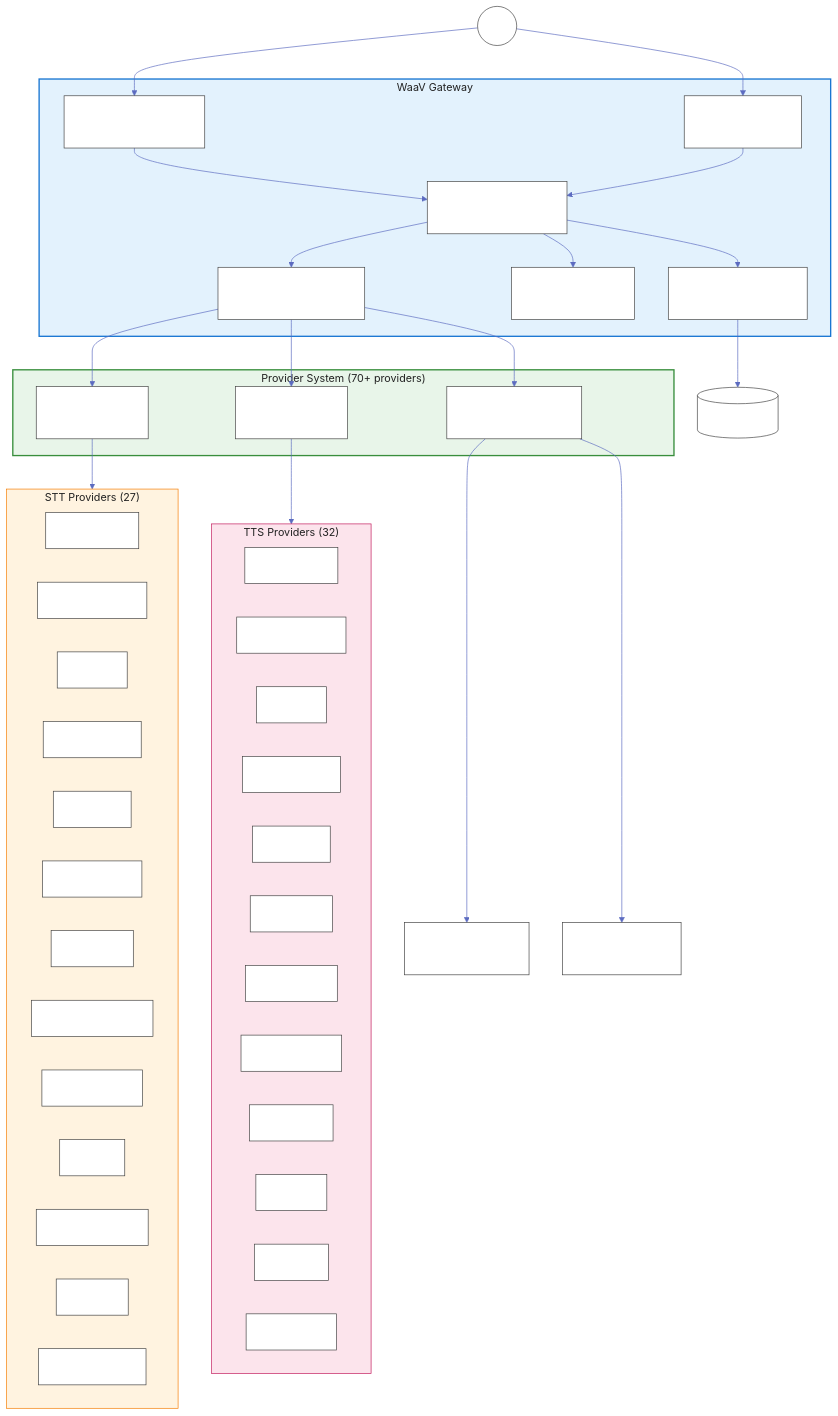
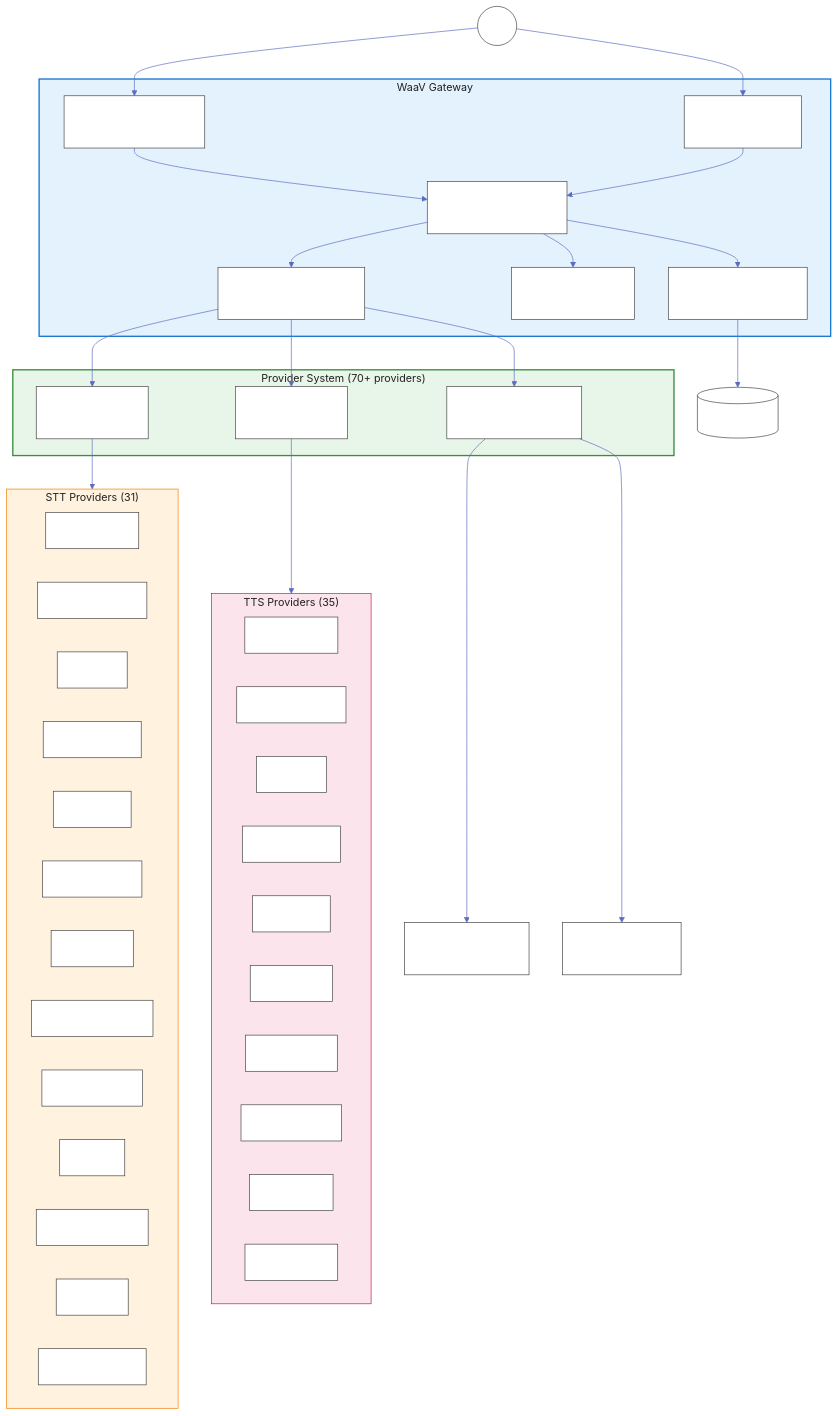
Before and after one commit to BudEcosystem/WaaV: the second of 5 diagrams in gateway/README.md, drawn with Mermaid. The commit also changed other lines of this file and 161 other files, not shown here.

````diff
--- a/gateway/README.md
+++ b/gateway/README.md
@@ -308,70 +308,68 @@
 ```mermaid
 %%{init: {'theme': 'base', 'themeVariables': { 'primaryColor': '#4a90d9', 'primaryTextColor': '#ffffff', 'primaryBorderColor': '#2c5aa0', 'lineColor': '#5c6bc0', 'secondaryColor': '#81c784', 'tertiaryColor': '#fff3e0', 'background': '#fafafa', 'mainBkg': '#ffffff', 'nodeBorder': '#424242', 'clusterBkg': '#f5f5f5', 'clusterBorder': '#bdbdbd', 'titleColor': '#212121'}}}%%
 graph TB
     subgraph Gateway["WaaV Gateway"]
         WS["WebSocket Handler<br/>/ws endpoint"]
         REST["REST API<br/>/speak, /voices"]
         REG["Plugin Registry<br/>O(1) Provider Lookup"]
         VM["VoiceManager<br/>Central Coordinator"]
         NF["DeepFilterNet<br/>Noise Reduction"]
         LK["LiveKit Integration<br/>WebRTC Streaming"]
     end
 
     subgraph Providers["Provider System (70+ providers)"]
-        STT["STT Providers<br/>(27)"]
-        TTS["TTS Providers<br/>(32)"]
-        RT["Realtime Providers<br/>(12)"]
+        STT["STT Providers<br/>(31)"]
+        TTS["TTS Providers<br/>(35)"]
+        RT["Realtime Providers<br/>(11)"]
     end
 
-    subgraph STTList["STT Providers (27)"]
+    subgraph STTList["STT Providers (31)"]
         DG_S["Deepgram"]
         GC_S["Google Cloud"]
         AZ_S["Azure"]
         EL_S["ElevenLabs"]
         OA_S["OpenAI"]
         AA_S["AssemblyAI"]
         CA_S["Cartesia"]
         AWS_S["AWS Transcribe"]
         IBM_S["IBM Watson"]
         GQ_S["Groq"]
         SM_S["Speechmatics"]
         GL_S["Gladia"]
-        MORE_S["+ 15 Regional"]
+        MORE_S["+ 19 Regional"]
     end
 
-    subgraph TTSList["TTS Providers (32)"]
+    subgraph TTSList["TTS Providers (35)"]
         DG_T["Deepgram"]
         GC_T["Google Cloud"]
         AZ_T["Azure"]
         EL_T["ElevenLabs"]
         OA_T["OpenAI"]
         CA_T["Cartesia"]
         AWS_T["AWS Polly"]
         IBM_T["IBM Watson"]
         HU_T["Hume AI"]
-        LM_T["LMNT"]
-        PH_T["Play.ht"]
-        MORE_T["+ 21 More"]
+        MORE_T["+ 26 More"]
     end
 
     Client((Client)) --> WS
     Client --> REST
     WS --> VM
     REST --> VM
     VM --> REG
     REG --> STT
     REG --> TTS
     REG --> RT
     VM --> NF
     VM --> LK
     STT --> STTList
     TTS --> TTSList
     RT --> OA_RT["OpenAI Realtime<br/>GPT-4o"]
     RT --> HU_RT["Hume EVI<br/>Empathic Voice"]
     LK --> LiveKit[(LiveKit Server)]
 
     style Gateway fill:#e3f2fd,stroke:#1976d2,stroke-width:2px
     style Providers fill:#e8f5e9,stroke:#388e3c,stroke-width:2px
     style STTList fill:#fff3e0,stroke:#f57c00,stroke-width:1px
     style TTSList fill:#fce4ec,stroke:#c2185b,stroke-width:1px
 ```
````
